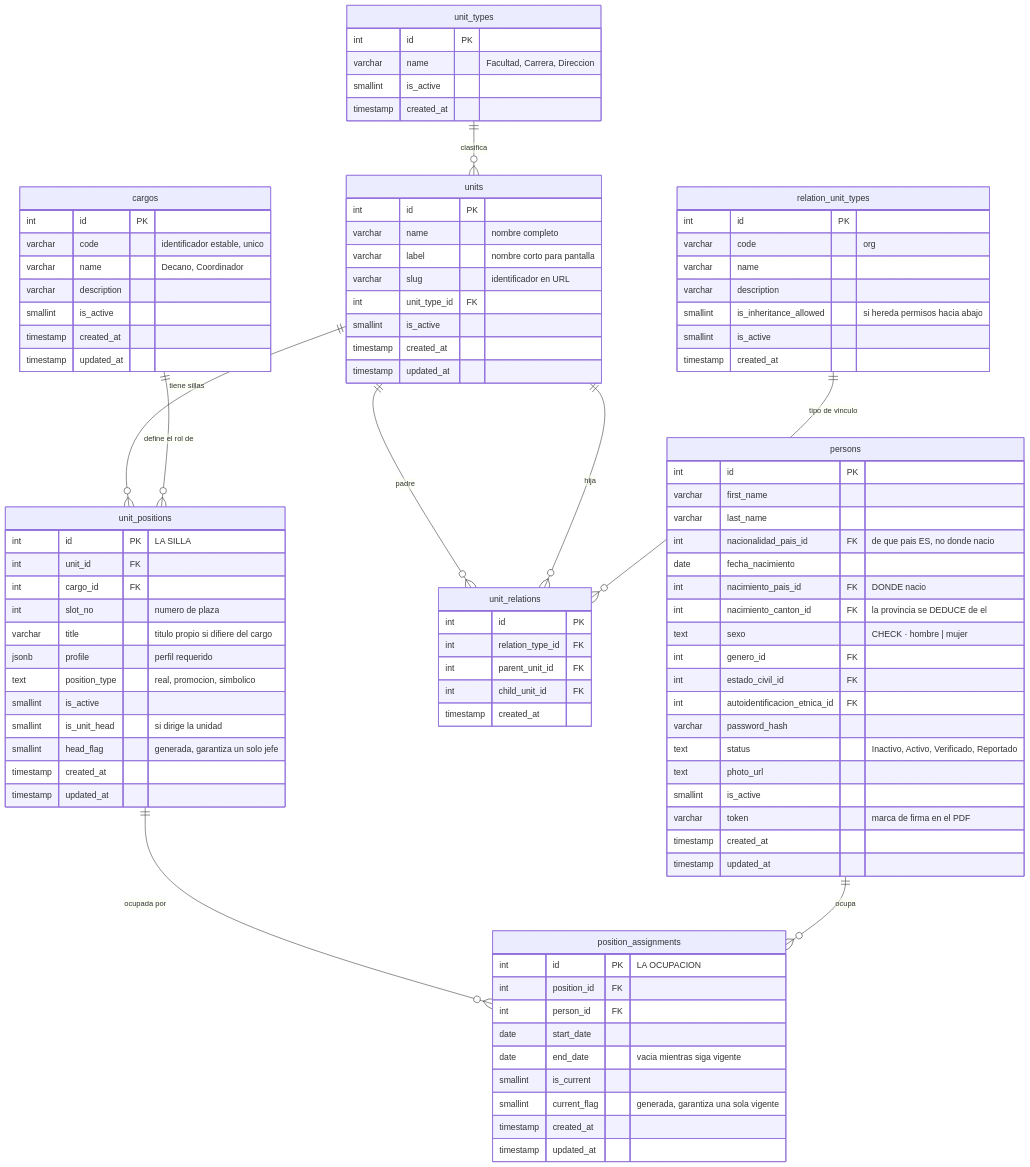
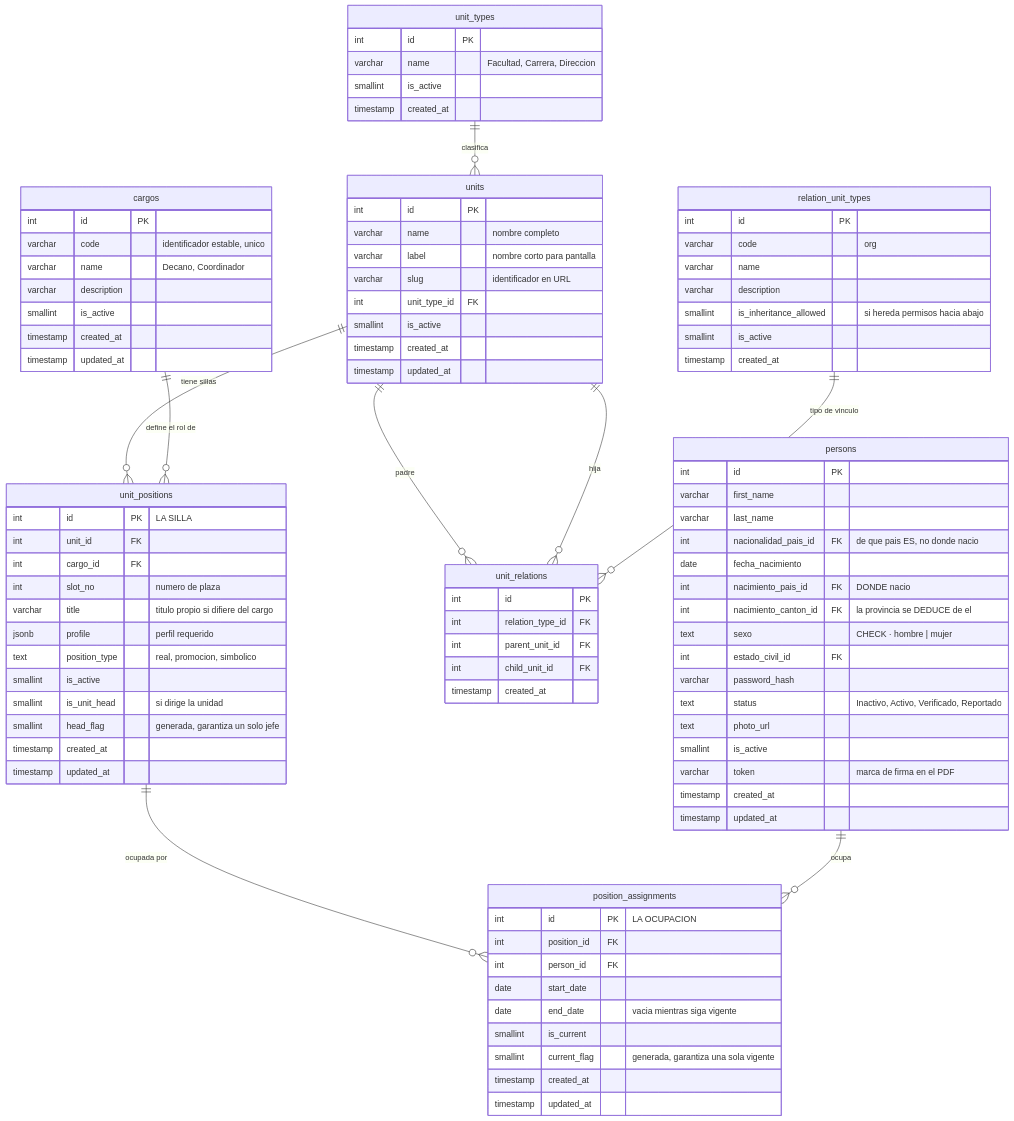
The fourth of 4 diagrams in docs/src/content/docs/modelo/organizacion.md (fresvel/deasy), drawn with Mermaid before and after one commit. The commit also changed other lines of this file and 36 other files, not shown here.

```diff
--- a/docs/src/content/docs/modelo/organizacion.md
+++ b/docs/src/content/docs/modelo/organizacion.md
@@ -770,9 +788,7 @@
     int nacimiento_pais_id FK "DONDE nacio"
     int nacimiento_canton_id FK "la provincia se DEDUCE de el"
     text sexo "CHECK · hombre | mujer"
-    int genero_id FK
     int estado_civil_id FK
-    int autoidentificacion_etnica_id FK
     varchar password_hash
     text status "Inactivo, Activo, Verificado, Reportado"
     text photo_url
```
